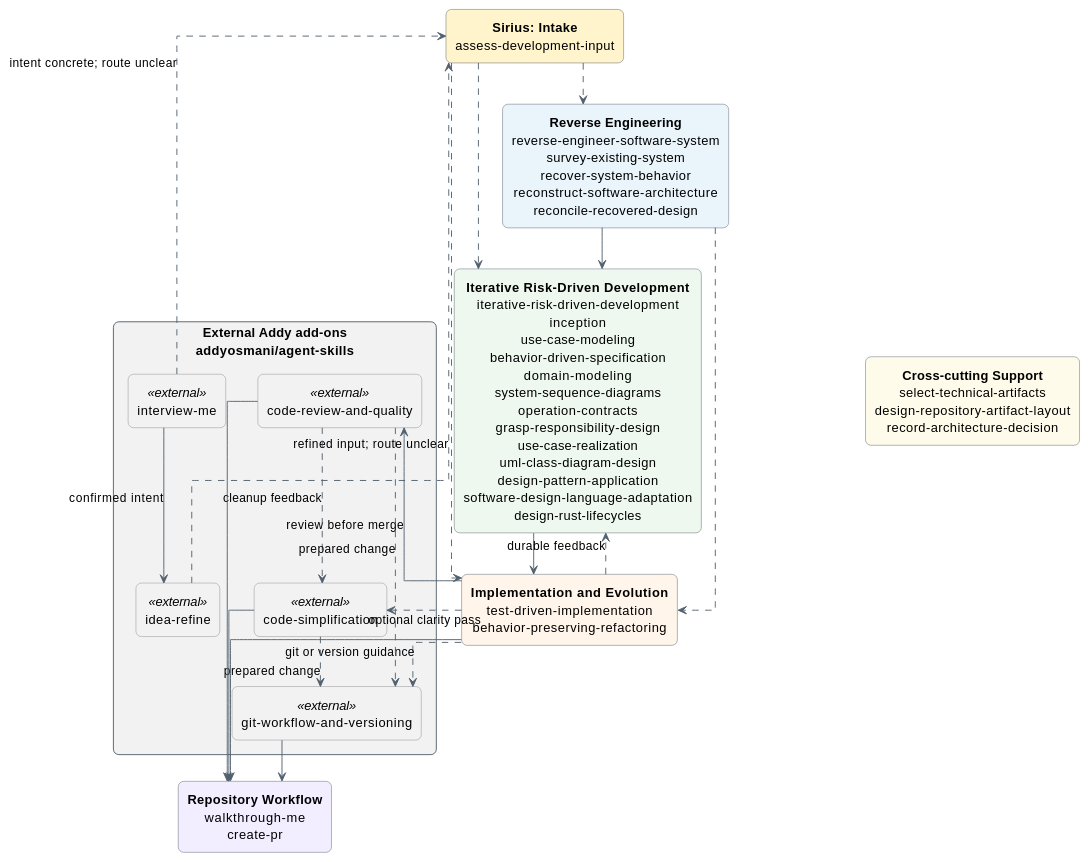
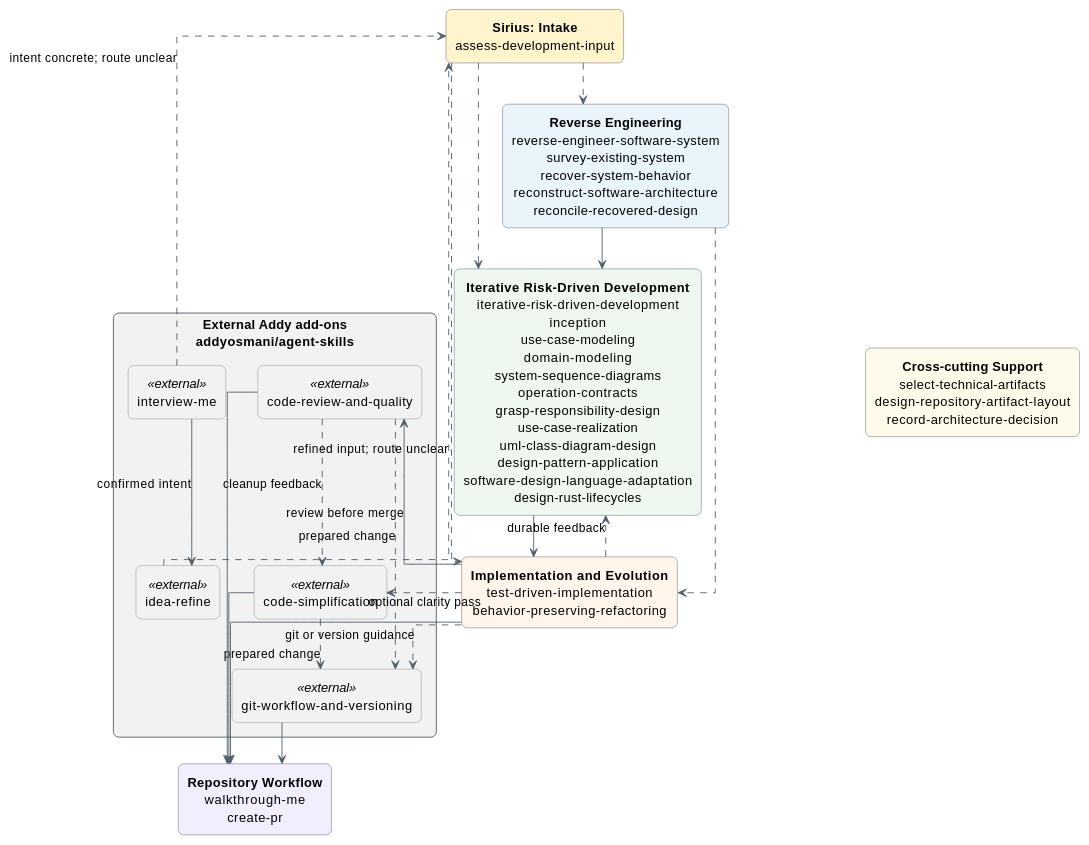
Before and after one commit to sirius-cc-wu/sirius-skills: the first of 5 diagrams in catalog/skill-relationships.md, drawn with PlantUML. The commit also changed other lines of this file and 18 other files, not shown here.

First line of the commit message:
skills: retire behavior-driven specification

````diff
--- a/catalog/skill-relationships.md
+++ b/catalog/skill-relationships.md
@@ -15,68 +15,68 @@
 ```plantuml
 @startuml sirius-skills-birds-eye
 top to bottom direction
 
 skinparam backgroundColor #FFFFFF
 skinparam shadowing false
 skinparam packageStyle rectangle
 skinparam linetype ortho
 skinparam defaultFontName Arial
 skinparam defaultTextAlignment center
 skinparam ArrowColor #52606D
 skinparam nodesep 35
 skinparam ranksep 45
 skinparam rectangle {
   BackgroundColor #FFFFFF
   BorderColor #52606D
   RoundCorner 12
 }
 skinparam rectangle<<external>> {
   BackgroundColor #F2F2F2
   BorderColor #888888
 }
 
 package "External Addy add-ons\naddyosmani/agent-skills" as addy #F2F2F2 {
   rectangle "interview-me" as addyInterview <<external>>
   rectangle "idea-refine" as addyIdea <<external>>
   rectangle "code-review-and-quality" as addyReview <<external>>
   rectangle "code-simplification" as addySimplify <<external>>
   rectangle "git-workflow-and-versioning" as addyGit <<external>>
 }
 
 rectangle "**Sirius: Intake**\nassess-development-input" as assess #FFF4CC
 
 rectangle "**Reverse Engineering**\nreverse-engineer-software-system\nsurvey-existing-system\nrecover-system-behavior\nreconstruct-software-architecture\nreconcile-recovered-design" as reverse #EAF4FB
 
-rectangle "**Iterative Risk-Driven Development**\niterative-risk-driven-development\ninception\nuse-case-modeling\nbehavior-driven-specification\ndomain-modeling\nsystem-sequence-diagrams\noperation-contracts\ngrasp-responsibility-design\nuse-case-realization\numl-class-diagram-design\ndesign-pattern-application\nsoftware-design-language-adaptation\ndesign-rust-lifecycles" as design #EEF8EE
+rectangle "**Iterative Risk-Driven Development**\niterative-risk-driven-development\ninception\nuse-case-modeling\ndomain-modeling\nsystem-sequence-diagrams\noperation-contracts\ngrasp-responsibility-design\nuse-case-realization\numl-class-diagram-design\ndesign-pattern-application\nsoftware-design-language-adaptation\ndesign-rust-lifecycles" as design #EEF8EE
 
 rectangle "**Implementation and Evolution**\ntest-driven-implementation\nbehavior-preserving-refactoring" as implementation #FFF5EA
 
 rectangle "**Repository Workflow**\nwalkthrough-me\ncreate-pr" as repository #F3EEFF
 
 rectangle "**Cross-cutting Support**\nselect-technical-artifacts\ndesign-repository-artifact-layout\nrecord-architecture-decision" as support #FFFBEA
 
 assess -[hidden]right-> reverse
 design -[hidden]right-> support
 
 addyInterview --> addyIdea : confirmed intent
 addyIdea ..> assess : refined input; route unclear
 addyInterview ..> assess : intent concrete; route unclear
 assess ..> reverse
 assess ..> design
 assess ..> implementation
 reverse --> design
 reverse ..> implementation
 design --> implementation
 implementation ..> design : durable feedback
 implementation --> addyReview : review before merge
 implementation ..> addySimplify : optional clarity pass
 implementation ..> addyGit : git or version guidance
 addyReview ..> addySimplify : cleanup feedback
 addyReview ..> addyGit : prepared change
 addySimplify ..> addyGit : prepared change
 addyReview --> repository
 addySimplify --> repository
 addyGit --> repository
 implementation --> repository
 @enduml
 ```
````
